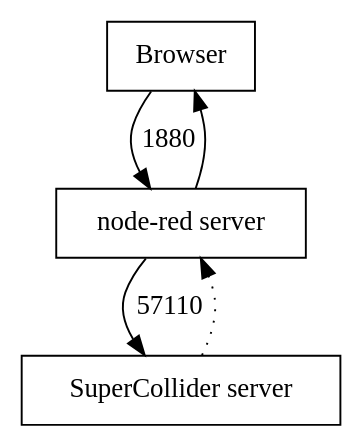
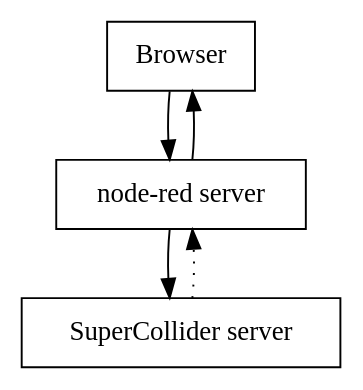
One commit to stevenaeola/stevenaeola.github.io changed the diagram in node-red-contrib-music/programs.dot. Above: the diagram before and after it, drawn with Graphviz. The commit also changed 27 other files, not shown here.

```diff
--- a/node-red-contrib-music/programs.dot
+++ b/node-red-contrib-music/programs.dot
@@ -1,14 +1,14 @@
 digraph G {
 
 node[shape=box];
 
-Browser -> NR[label=1880];
+Browser -> NR;
 NR -> Browser;
 
-NR -> SC[label=57110];
+NR -> SC;
 SC -> NR[style=dotted];
 
 NR[label="node-red server"];
 SC[label="SuperCollider server"];
 
 }
```
